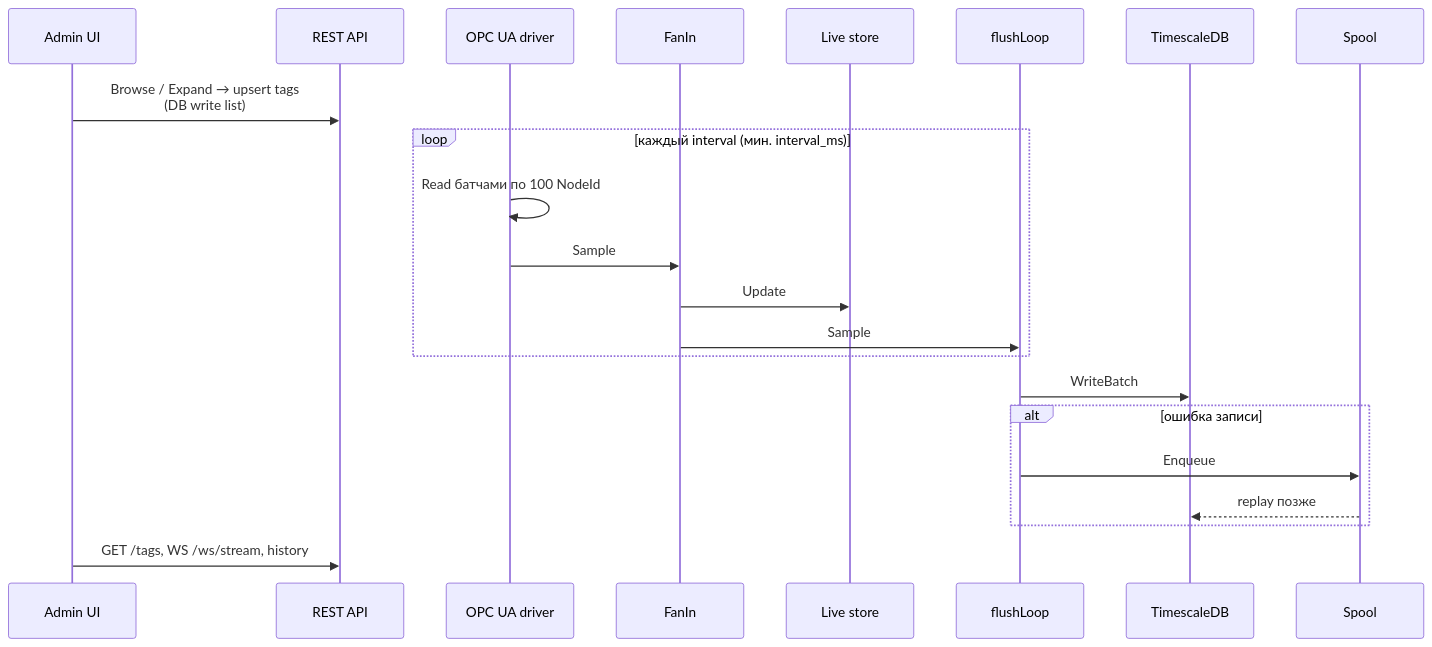
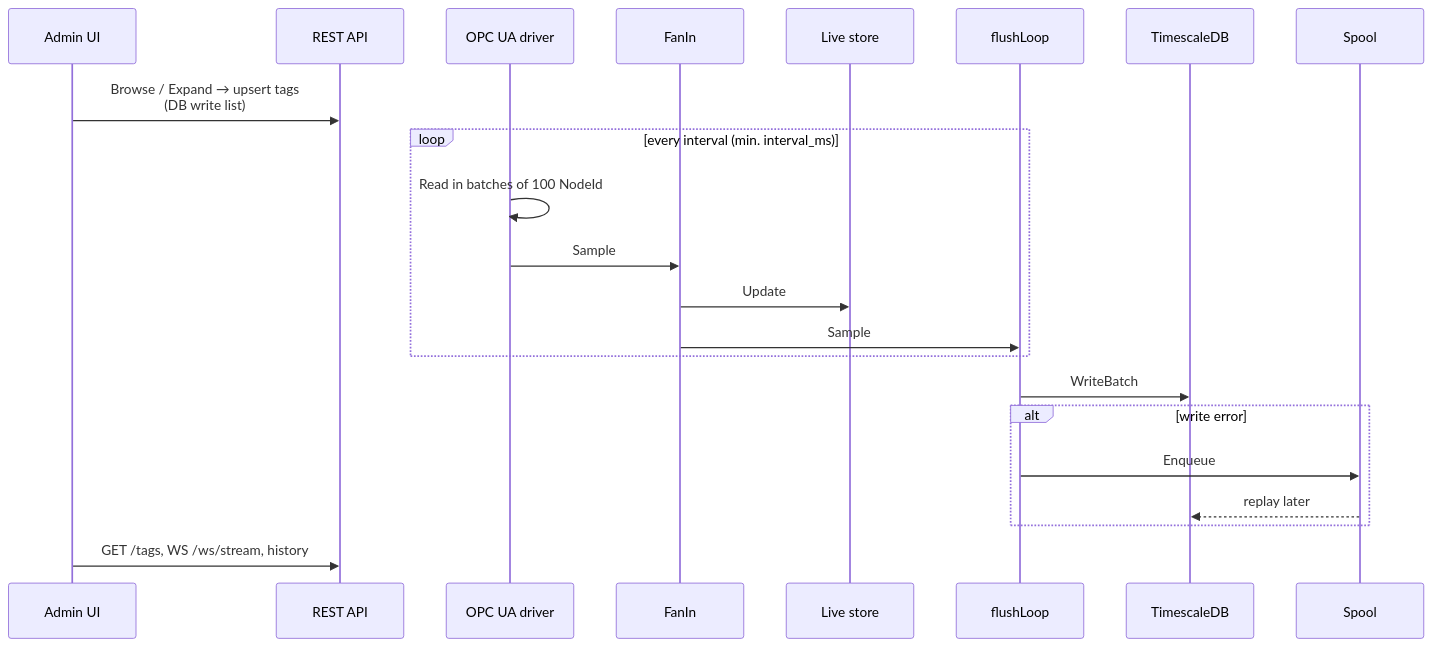
One commit to popelev/level2 changed the third of 3 diagrams in README.md. Above: the diagram before and after it, drawn with Mermaid. The commit also changed other lines of this file and 24 other files, not shown here.

````diff
--- a/README.md
+++ b/README.md
@@ -78,25 +78,25 @@
 ```mermaid
 sequenceDiagram
   participant UI as Admin UI
   participant API as REST API
   participant Drv as OPC UA driver
   participant Fan as FanIn
   participant Live as Live store
   participant Flush as flushLoop
   participant TS as TimescaleDB
   participant Sp as Spool
 
   UI->>API: Browse / Expand → upsert tags<br/>(DB write list)
-  loop каждый interval (мин. interval_ms)
-    Drv->>Drv: Read батчами по 100 NodeId
+  loop every interval (min. interval_ms)
+    Drv->>Drv: Read in batches of 100 NodeId
     Drv->>Fan: Sample
     Fan->>Live: Update
     Fan->>Flush: Sample
   end
   Flush->>TS: WriteBatch
-  alt ошибка записи
+  alt write error
     Flush->>Sp: Enqueue
-    Sp-->>TS: replay позже
+    Sp-->>TS: replay later
   end
   UI->>API: GET /tags, WS /ws/stream, history
 ```
````
